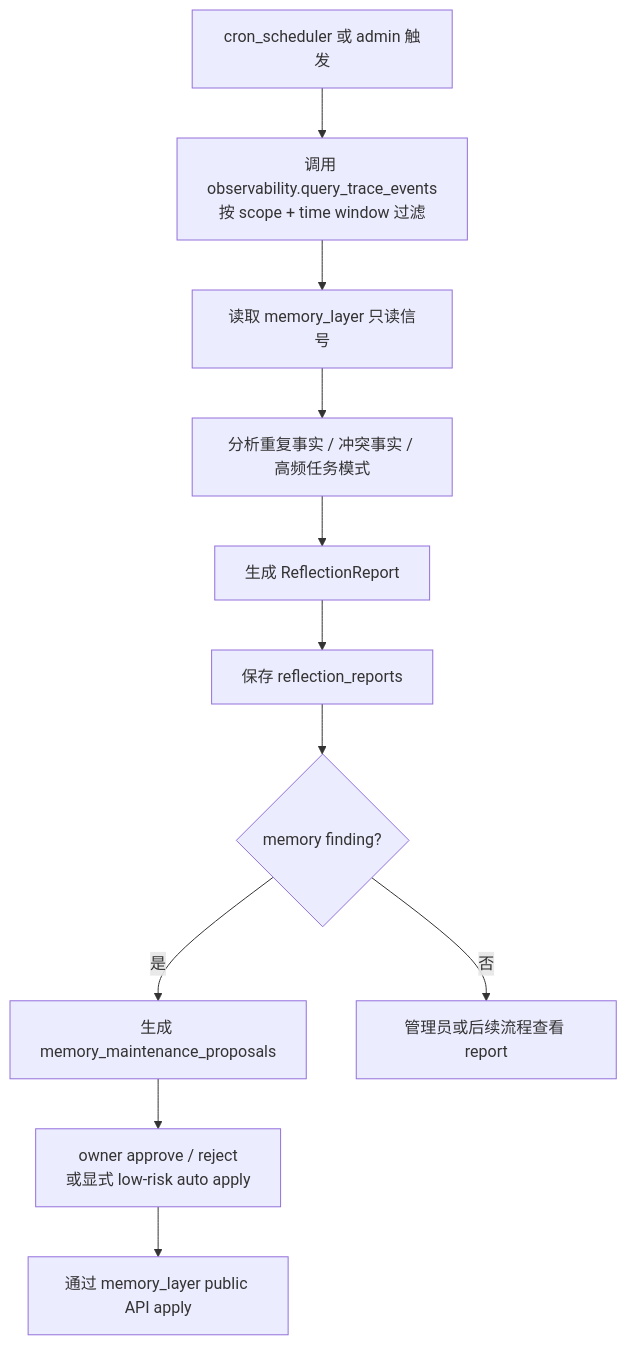
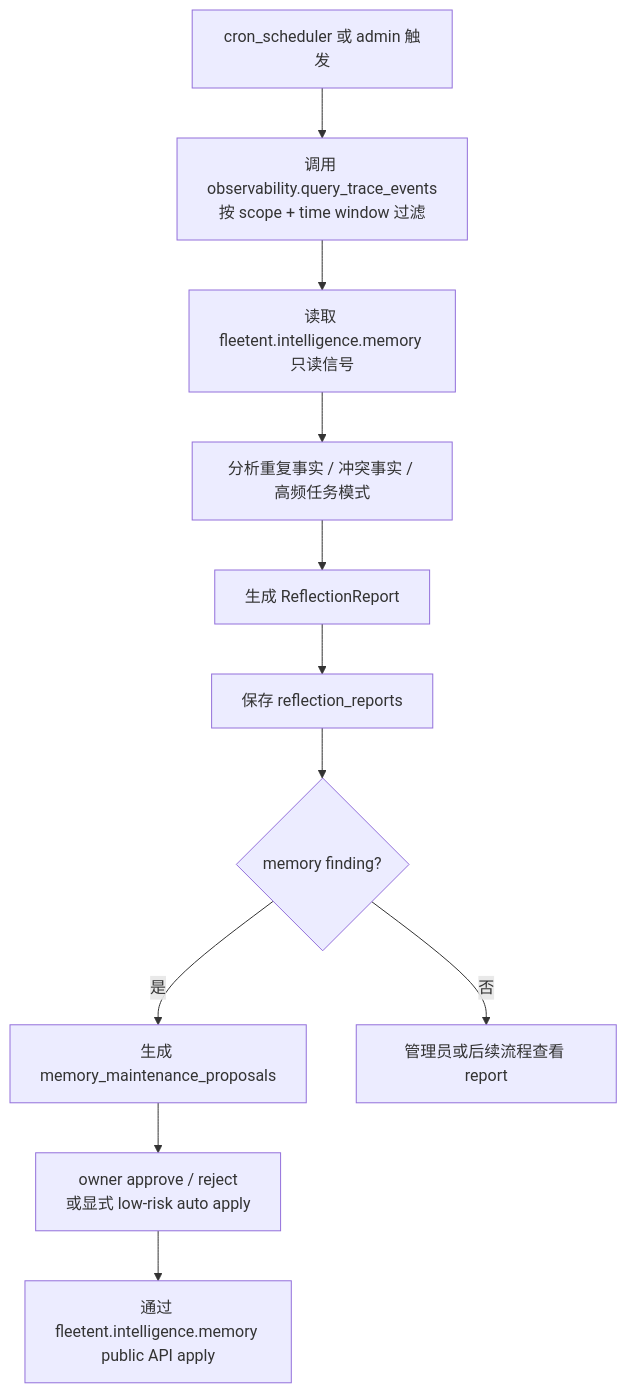
Before and after one commit to Summy2104/fleetent: the diagram in docs/capabilities/reflection.md, drawn with Mermaid. The commit also changed other lines of this file and 20 other files, not shown here.

````diff
--- a/docs/capabilities/reflection.md
+++ b/docs/capabilities/reflection.md
@@ -36,13 +36,13 @@
 ```mermaid
 flowchart TD
     A[cron_scheduler 或 admin 触发] --> B[调用 observability.query_trace_events\n按 scope + time window 过滤]
-    B --> C[读取 memory_layer 只读信号]
+    B --> C["读取 fleetent.intelligence.memory 只读信号"]
     C --> D[分析重复事实 / 冲突事实 / 高频任务模式]
     D --> E[生成 ReflectionReport]
     E --> F[保存 reflection_reports]
     F --> G{memory finding?}
     G -->|是| H[生成 memory_maintenance_proposals]
     G -->|否| I[管理员或后续流程查看 report]
     H --> J[owner approve / reject\n或显式 low-risk auto apply]
-    J --> K[通过 memory_layer public API apply]
+    J --> K["通过 fleetent.intelligence.memory public API apply"]
 ```
````
